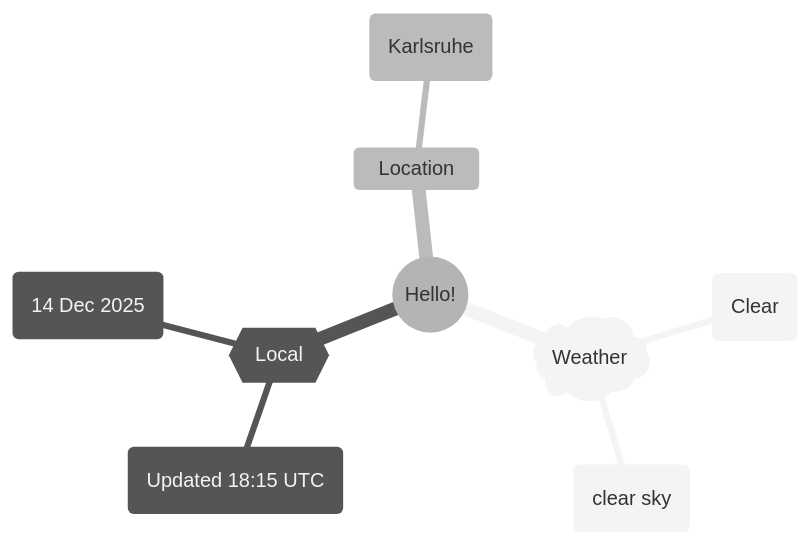
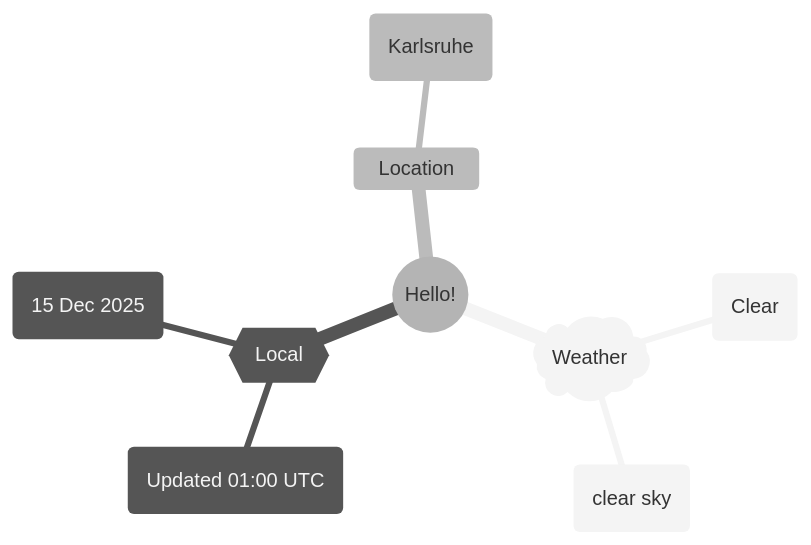
One commit to Xosrov/Xosrov changed the first of 2 diagrams in README.md. Above: the diagram before and after it, drawn with Mermaid (neutral theme).

Commit message:
[bot] updated images

````diff
--- a/README.md
+++ b/README.md
@@ -3,12 +3,12 @@
 ```mermaid
 mindmap
   root((Hello!))
     )Weather(
         (Clear)
         (clear sky)
     {{Local}}
-        (Updated 18:15 UTC)
-        (14 Dec 2025)
+        (Updated 01:00 UTC)
+        (15 Dec 2025)
     Location
         (Karlsruhe)
 ```
````
